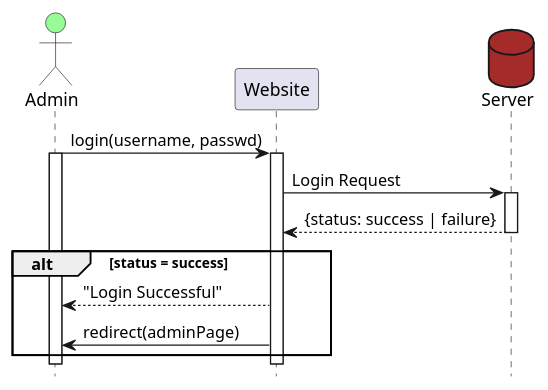
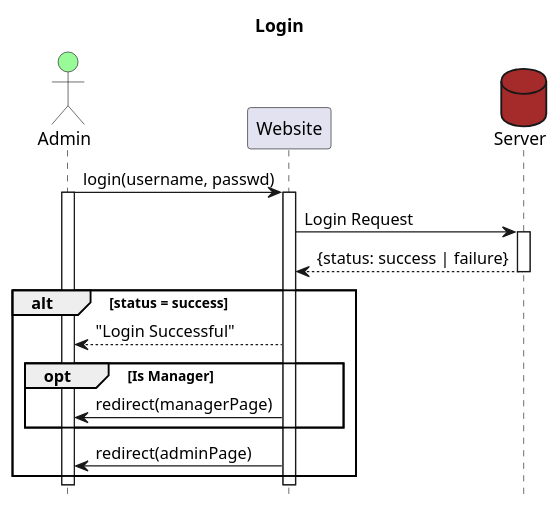
Before and after one commit to felixalbrigtsen/asura-tmdb: the diagram in documentation/sequenceDiagramLogin.puml, drawn with PlantUML.

Commit message:
Added Manager check

```diff
--- a/documentation/sequenceDiagramLogin.puml
+++ b/documentation/sequenceDiagramLogin.puml
@@ -1,22 +1,25 @@
 @startuml Asura Tournament System
+title Login
 Actor Admin #palegreen
 participant Website
 database Server #brown
 hide footbox
 
-Admin->Website: login(username, passwd)
+    Admin->Website: login(username, passwd)
 activate Admin
 activate Website
-Website->Server: Login Request
+    Website->Server: Login Request
 activate Server
-Server-->Website: {status: success | failure}
+    Server-->Website: {status: success | failure}
 deactivate Server
 alt status = success
-Website-->Admin: "Login Successful"
+    Website-->Admin: "Login Successful"
+opt Is Manager
+    Website->Admin: redirect(managerPage)
+end
 Website->Admin: redirect(adminPage)
 ' Website-->Admin: Login
 end
 deactivate Website
 deactivate Admin
-
 @enduml
```
